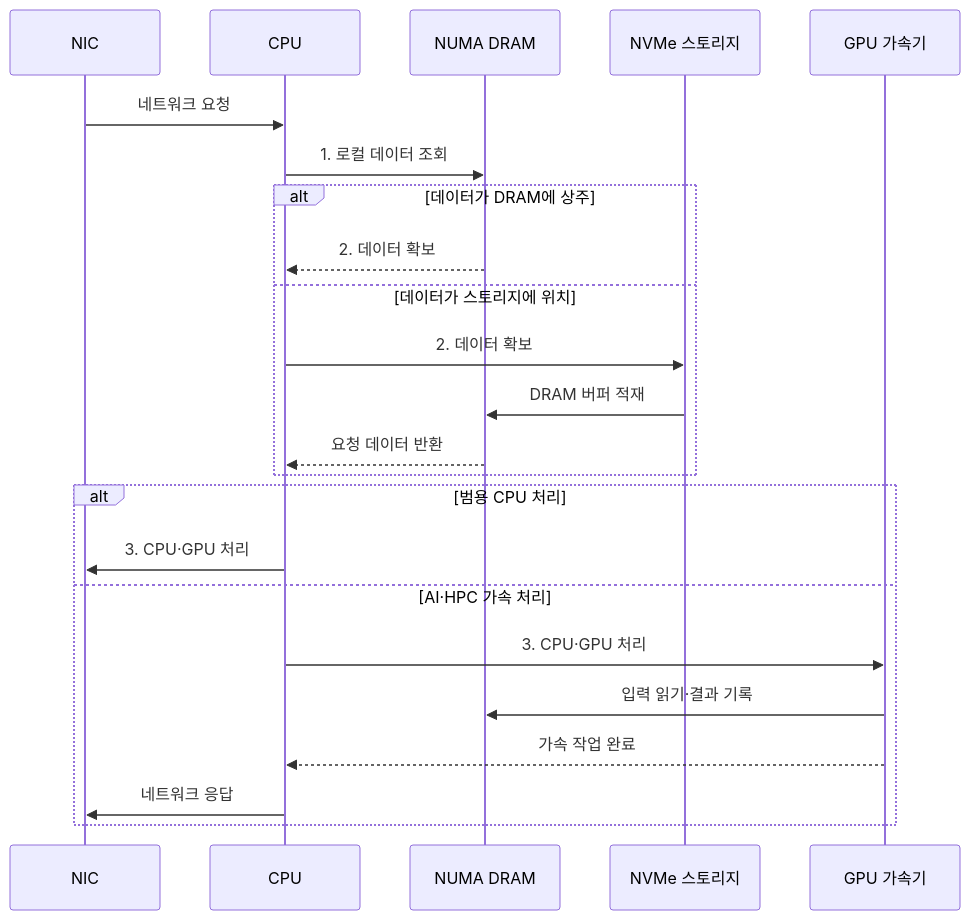
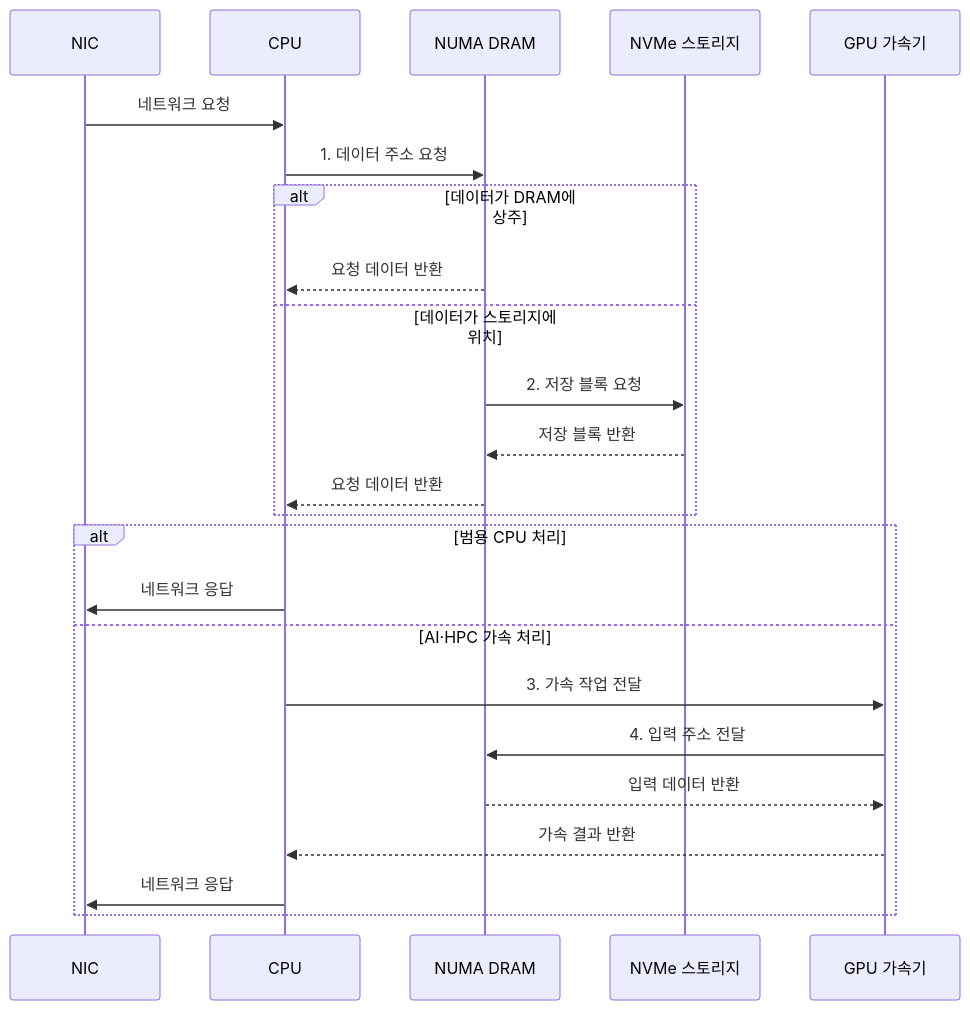
The second of 2 diagrams in src/content/docs/notes/02-hardware/054_data_center_server_architecture.md (agnusdei1207/knowledge-base), drawn with Mermaid before and after one commit. The commit also changed other lines of this file and 20 other files, not shown here.

````diff
--- a/src/content/docs/notes/02-hardware/054_data_center_server_architecture.md
+++ b/src/content/docs/notes/02-hardware/054_data_center_server_architecture.md
@@ -91,26 +101,27 @@
 ```mermaid
 sequenceDiagram
     participant N as NIC
     participant C as CPU
     participant M as NUMA DRAM
     participant S as NVMe 스토리지
     participant G as GPU 가속기
 
     N->>C: 네트워크 요청
-    C->>M: 1. 로컬 데이터 조회
+    C->>M: 1. 데이터 주소 요청
     alt 데이터가 DRAM에 상주
-        M-->>C: 2. 데이터 확보
+        M-->>C: 요청 데이터 반환
     else 데이터가 스토리지에 위치
-        C->>S: 2. 데이터 확보
-        S->>M: DRAM 버퍼 적재
+        M->>S: 2. 저장 블록 요청
+        S-->>M: 저장 블록 반환
         M-->>C: 요청 데이터 반환
     end
     alt 범용 CPU 처리
-        C->>N: 3. CPU·GPU 처리
+        C->>N: 네트워크 응답
     else AI·HPC 가속 처리
-        C->>G: 3. CPU·GPU 처리
-        G->>M: 입력 읽기·결과 기록
-        G-->>C: 가속 작업 완료
+        C->>G: 3. 가속 작업 전달
+        G->>M: 4. 입력 주소 전달
+        M-->>G: 입력 데이터 반환
+        G-->>C: 가속 결과 반환
         C->>N: 네트워크 응답
     end
 ```
````
